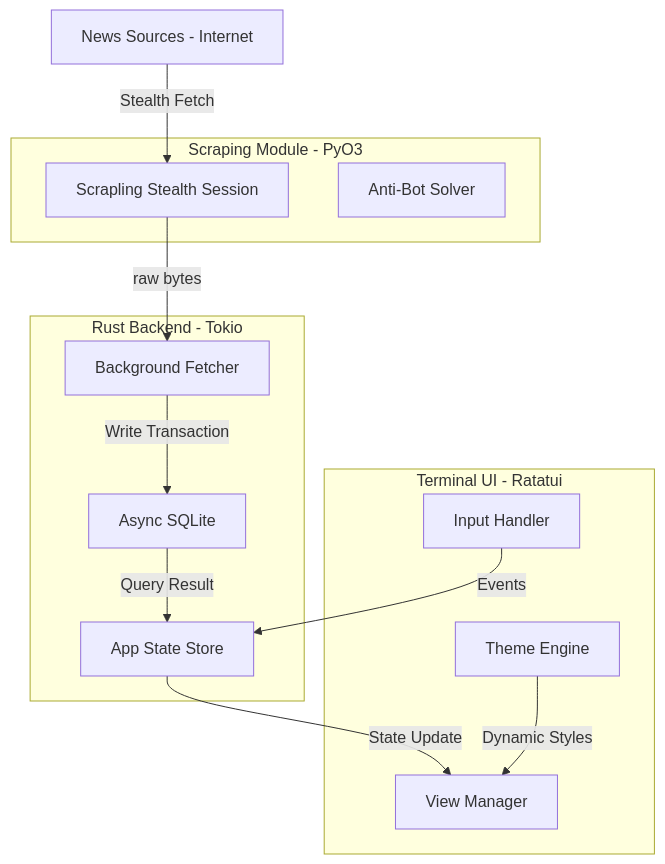
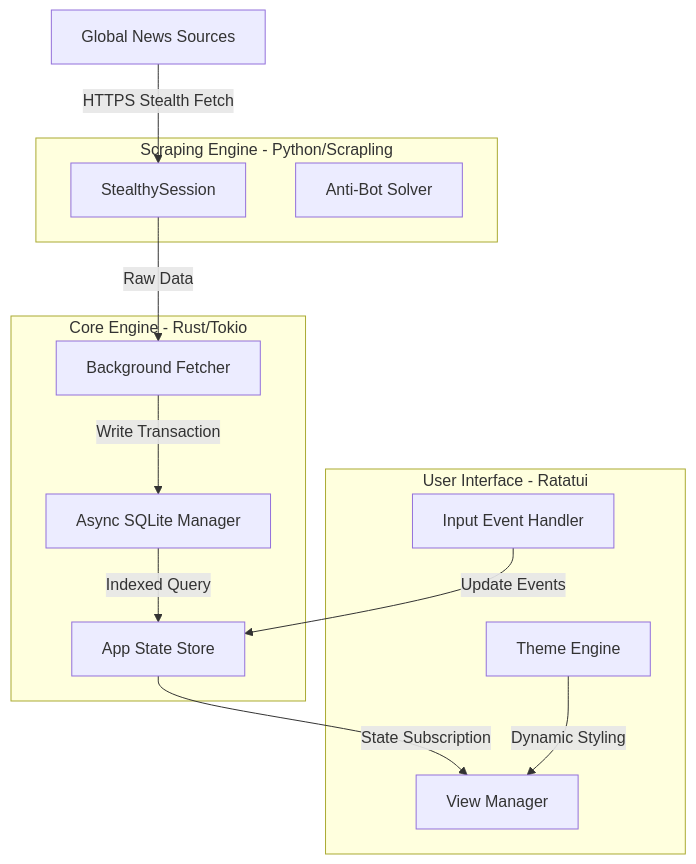
One commit to rivadmorin/Ultra-Fast-Millisecond-News-TUI-in-Rust changed the diagram in README.md. Above: the diagram before and after it, drawn with Mermaid. The commit also changed other lines of this file and 6 other files, not shown here.

First line of the commit message:
feat: Ultimate Production Build with Stealth Scraper, Expanded Sources, and Real-time UX

````diff
--- a/README.md
+++ b/README.md
@@ -37,27 +48,27 @@
 ```mermaid
 graph TD
-    subgraph UI_Layer [Terminal UI - Ratatui]
+    subgraph UI_Layer [User Interface - Ratatui]
         A[View Manager]
         B[Theme Engine]
-        C[Input Handler]
+        C[Input Event Handler]
     end
 
-    subgraph Core_Logic [Rust Backend - Tokio]
+    subgraph Logic_Layer [Core Engine - Rust/Tokio]
         D[App State Store]
         E[Background Fetcher]
-        F[Async SQLite]
+        F[Async SQLite Manager]
     end
 
-    subgraph Python_Bridge [Scraping Module - PyO3]
-        G[Scrapling Stealth Session]
+    subgraph Stealth_Module [Scraping Engine - Python/Scrapling]
+        G[StealthySession]
         H[Anti-Bot Solver]
     end
 
-    I[News Sources - Internet] -->|Stealth Fetch| G
-    G -->|raw bytes| E
+    I[Global News Sources] -->|HTTPS Stealth Fetch| G
+    G -->|Raw Data| E
     E -->|Write Transaction| F
-    F -->|Query Result| D
-    D -->|State Update| A
-    B -->|Dynamic Styles| A
-    C -->|Events| D
+    F -->|Indexed Query| D
+    D -->|State Subscription| A
+    B -->|Dynamic Styling| A
+    C -->|Update Events| D
 ```
````
